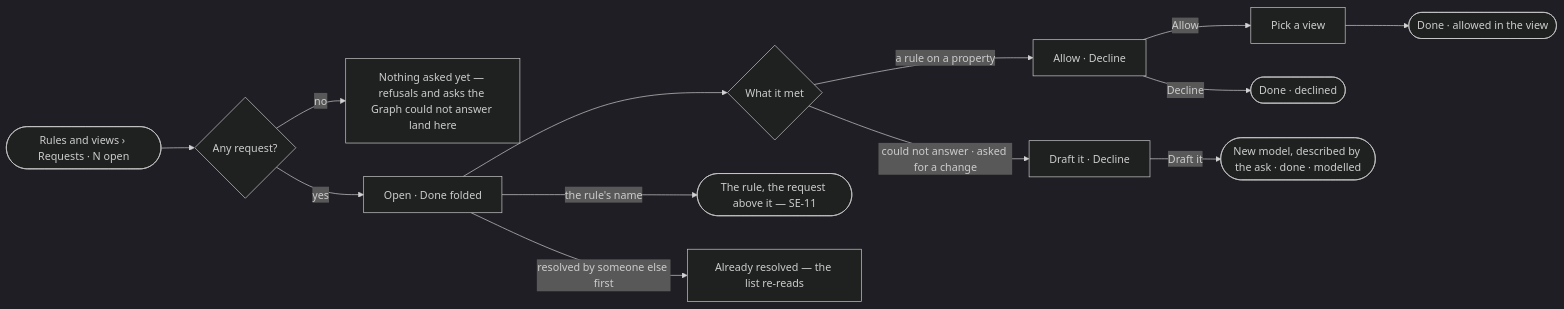
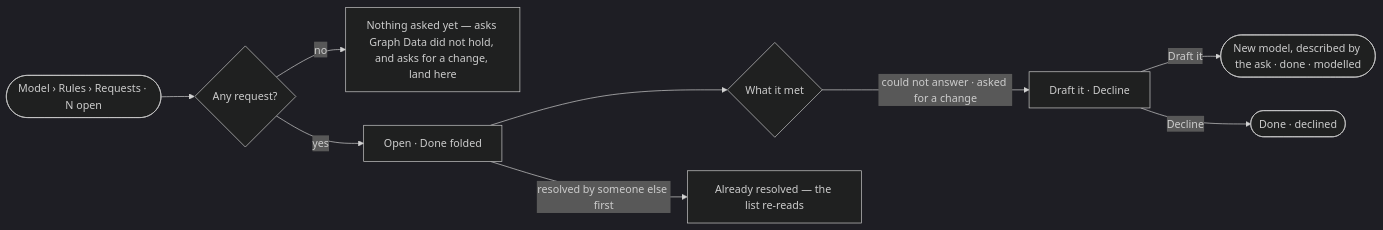
The diagram in specs/capabilities/semantics/features/SE-F07-rules/stories/SE-13-act-on-what-people-and-agents-ask-of-the-model/story.md (invana/invana), drawn with Mermaid (dark theme) before and after one commit. The commit also changed other lines of this file and 456 other files, not shown here.

````diff
--- a/specs/capabilities/semantics/features/SE-F07-rules/stories/SE-13-act-on-what-people-and-agents-ask-of-the-model/story.md
+++ b/specs/capabilities/semantics/features/SE-F07-rules/stories/SE-13-act-on-what-people-and-agents-ask-of-the-model/story.md
@@ -28,14 +28,11 @@
 ```mermaid
 flowchart LR
-  a([Rules and views › Requests · N open]) --> l{Any request?}
-  l -->|no| e["Nothing asked yet — refusals and asks the Graph could not answer land here"]
+  a([Model › Rules › Requests · N open]) --> l{Any request?}
+  l -->|no| e["Nothing asked yet — asks Graph Data did not hold, and asks for a change, land here"]
   l -->|yes| o["Open · Done folded"]
   o --> k{What it met}
-  k -->|a rule on a property| al["Allow · Decline"]
   k -->|could not answer · asked for a change| dr["Draft it · Decline"]
-  al -->|Allow| pv["Pick a view"] --> d1(["Done · allowed in the view"])
   dr -->|Draft it| nm(["New model, described by the ask · done · modelled"])
-  al -->|Decline| d2(["Done · declined"])
-  o -->|the rule's name| r(["The rule, the request above it — SE-11"])
+  dr -->|Decline| d2(["Done · declined"])
   o -->|resolved by someone else first| c["Already resolved — the list re-reads"]
 ```
````
